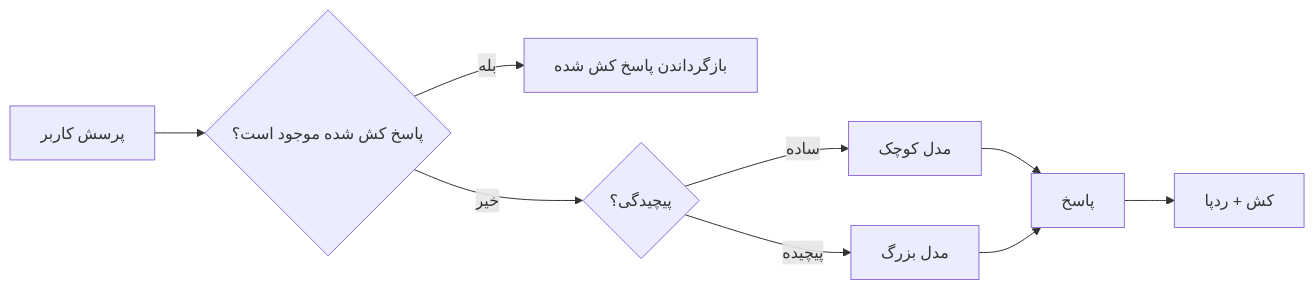
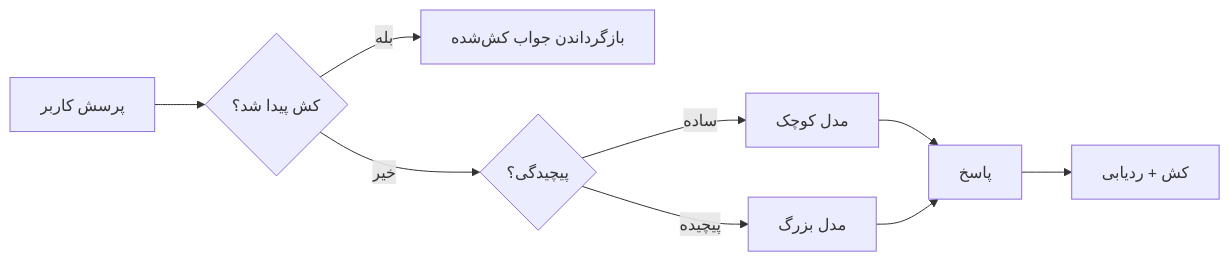
The third of 4 diagrams in mirrors/repos/microsoft@ai-agents-for-beginners/translations/fa/16-deploying-scalable-agents/README.md (gabrielmoreira/agent-skills-mirror), drawn with Mermaid before and after one commit. The commit also changed other lines of this file and 3581 other files, not shown here.

````diff
--- a/mirrors/repos/microsoft@ai-agents-for-beginners/translations/fa/16-deploying-scalable-agents/README.md
+++ b/mirrors/repos/microsoft@ai-agents-for-beginners/translations/fa/16-deploying-scalable-agents/README.md
@@ -134,11 +134,11 @@
 ```mermaid
 flowchart LR
-    Q[پرسش کاربر] --> C{پاسخ کش شده موجود است؟}
-    C -->|بله| R[بازگرداندن پاسخ کش شده]
+    Q[پرسش کاربر] --> C{کش پیدا شد؟}
+    C -->|بله| R[بازگرداندن جواب کش‌شده]
     C -->|خیر| Router{پیچیدگی؟}
     Router -->|ساده| SLM[مدل کوچک]
     Router -->|پیچیده| LLM[مدل بزرگ]
     SLM --> Out[پاسخ]
     LLM --> Out
-    Out --> Store[کش + ردپا]
+    Out --> Store[کش + ردیابی]
 ```
````
